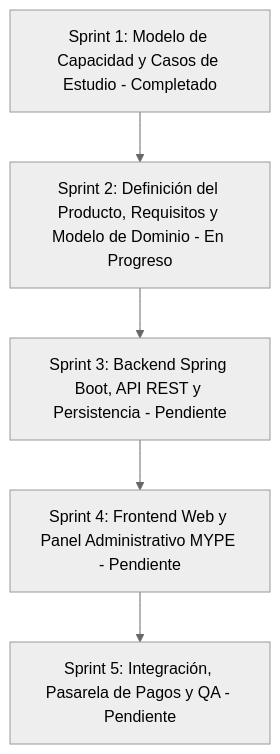
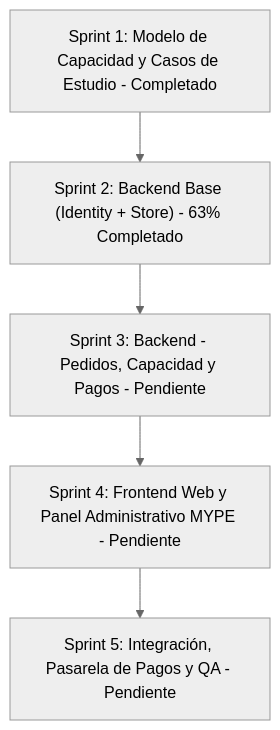
The second of 2 diagrams in docs/index.md (iJosueeh/jaldishop), drawn with Mermaid (neutral theme) before and after one commit. The commit also changed other lines of this file and 1 other file, not shown here.

Commit message:
docs: actualizar README.md y docs con avances del spritn 2, stack y suite de pruebas.

````diff
--- a/docs/index.md
+++ b/docs/index.md
@@ -68,10 +70,10 @@
 ```mermaid
 flowchart TD
     S1["Sprint 1: Modelo de Capacidad y Casos de Estudio - Completado"]
-    S2["Sprint 2: Definición del Producto, Requisitos y Modelo de Dominio - En Progreso"]
-    S3["Sprint 3: Backend Spring Boot, API REST y Persistencia - Pendiente"]
+    S2["Sprint 2: Backend Base (Identity + Store) - 63% Completado"]
+    S3["Sprint 3: Backend - Pedidos, Capacidad y Pagos - Pendiente"]
     S4["Sprint 4: Frontend Web y Panel Administrativo MYPE - Pendiente"]
     S5["Sprint 5: Integración, Pasarela de Pagos y QA - Pendiente"]
 
     S1 --> S2 --> S3 --> S4 --> S5
 ```
````
